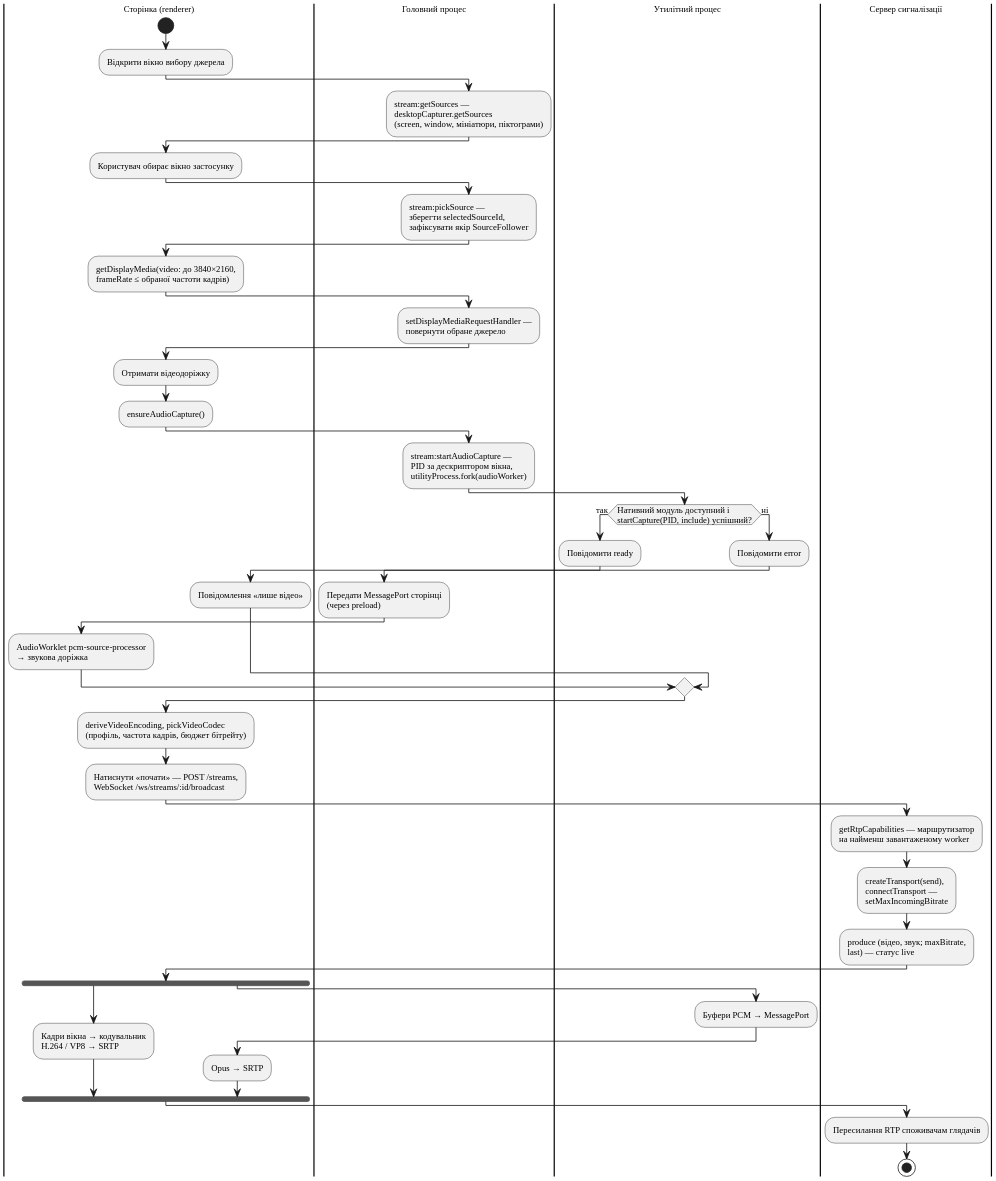
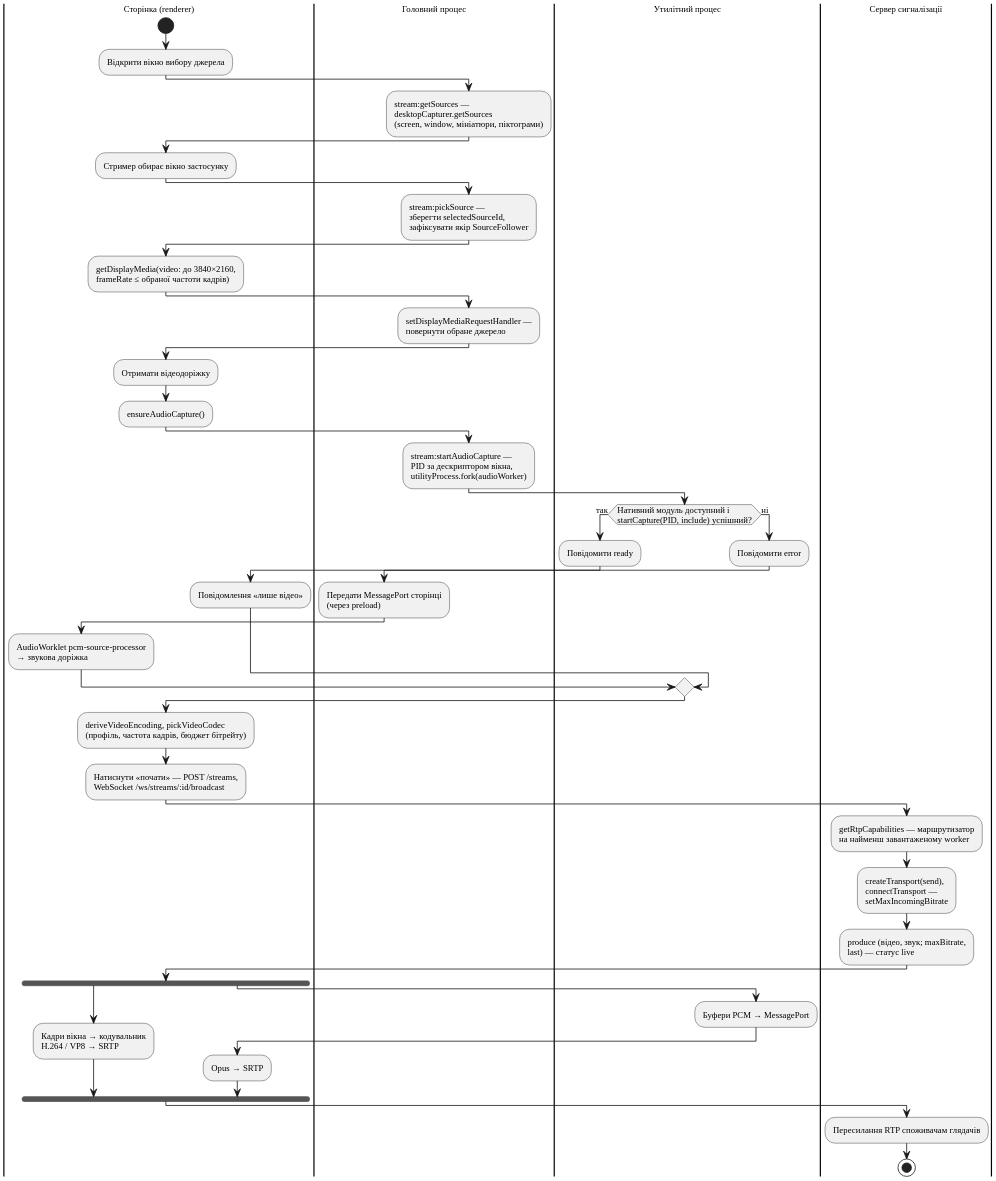
The diagram in thesis/diagrams/fig-capture-pipeline.puml (Nikitos1926/stream-share), drawn with PlantUML before and after one commit. The commit also changed 37 other files, not shown here.

```diff
--- a/thesis/diagrams/fig-capture-pipeline.puml
+++ b/thesis/diagrams/fig-capture-pipeline.puml
@@ -1,81 +1,81 @@
 @startuml
 !pragma layout smetana
 skinparam defaultFontName "Liberation Serif"
 skinparam dpi 200
 skinparam shadowing false
 skinparam monochrome true
 skinparam defaultFontSize 11
 
 ' Reflects: broadcast/components/electron/MediaSourcePicker.tsx, lib/hooks/useStreamer.ts,
 ' lib/media/audio.bridge.ts, lib/media/encoding.ts (web); conveyor/handlers/stream.handler.ts,
 ' preload/preload.ts, audioWorker/audioCapture.worker.ts (desktop);
 ' controllers/streams.controller.ts, services/{streamers,mediasoup}.service.ts (signaling).
 
 |Сторінка (renderer)|
 start
 :Відкрити вікно вибору джерела;
 |Головний процес|
 :stream:getSources —
 desktopCapturer.getSources
 (screen, window, мініатюри, піктограми);
 |Сторінка (renderer)|
-:Користувач обирає вікно застосунку;
+:Стример обирає вікно застосунку;
 |Головний процес|
 :stream:pickSource —
 зберегти selectedSourceId,
 зафіксувати якір SourceFollower;
 |Сторінка (renderer)|
 :getDisplayMedia(video: до 3840×2160,
 frameRate ≤ обраної частоти кадрів);
 |Головний процес|
 :setDisplayMediaRequestHandler —
 повернути обране джерело;
 |Сторінка (renderer)|
 :Отримати відеодоріжку;
 :ensureAudioCapture();
 |Головний процес|
 :stream:startAudioCapture —
 PID за дескриптором вікна,
 utilityProcess.fork(audioWorker);
 |Утилітний процес|
 if (Нативний модуль доступний і\nstartCapture(PID, include) успішний?) then (так)
   :Повідомити ready;
   |Головний процес|
   :Передати MessagePort сторінці
   (через preload);
   |Сторінка (renderer)|
   :AudioWorklet pcm-source-processor
   → звукова доріжка;
 else (ні)
   |Утилітний процес|
   :Повідомити error;
   |Сторінка (renderer)|
   :Повідомлення «лише відео»;
 endif
 |Сторінка (renderer)|
 :deriveVideoEncoding, pickVideoCodec
 (профіль, частота кадрів, бюджет бітрейту);
 :Натиснути «почати» — POST /streams,
 WebSocket /ws/streams/:id/broadcast;
 |Сервер сигналізації|
 :getRtpCapabilities — маршрутизатор
 на найменш завантаженому worker;
 :createTransport(send),
 connectTransport —
 setMaxIncomingBitrate;
 :produce (відео, звук; maxBitrate,
 last) — статус live;
 |Сторінка (renderer)|
 fork
   :Кадри вікна → кодувальник
   H.264 / VP8 → SRTP;
 fork again
   |Утилітний процес|
   :Буфери PCM → MessagePort;
   |Сторінка (renderer)|
   :Opus → SRTP;
 end fork
 |Сервер сигналізації|
 :Пересилання RTP споживачам глядачів;
 stop
 @enduml
```
